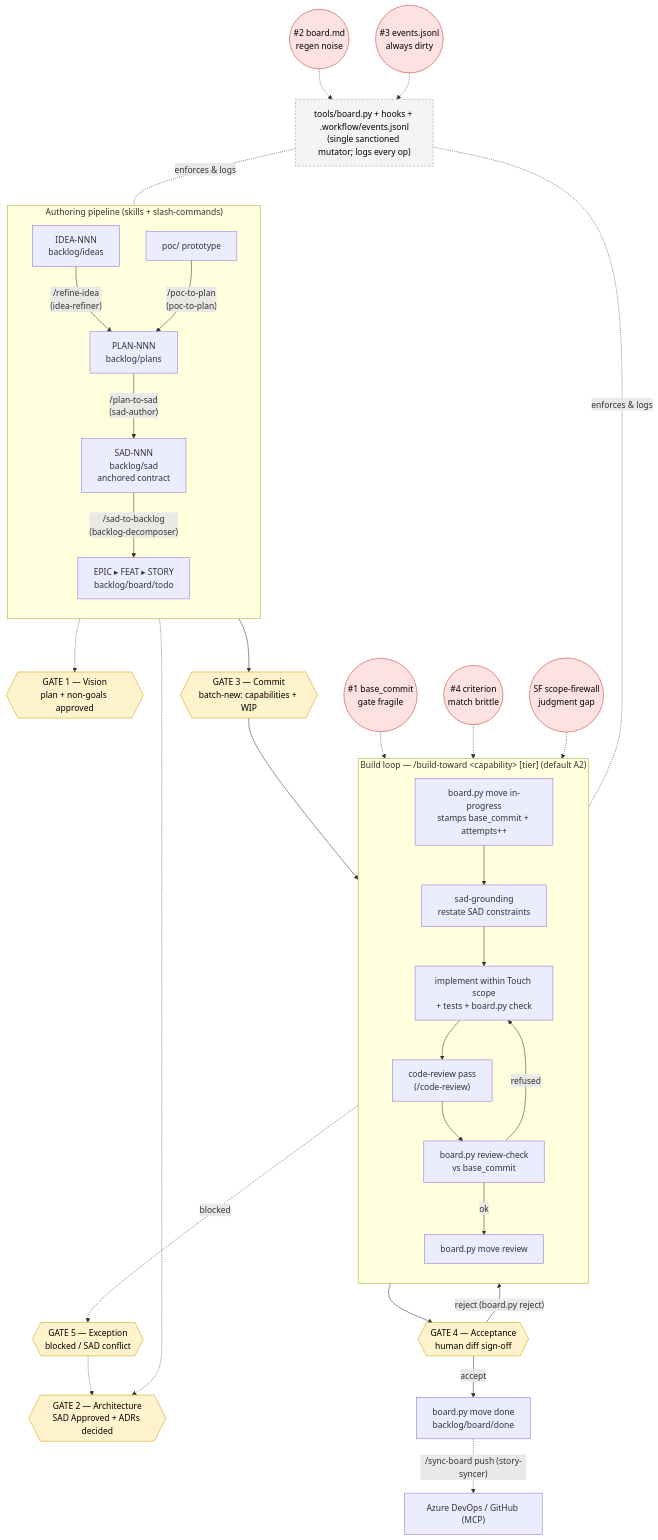
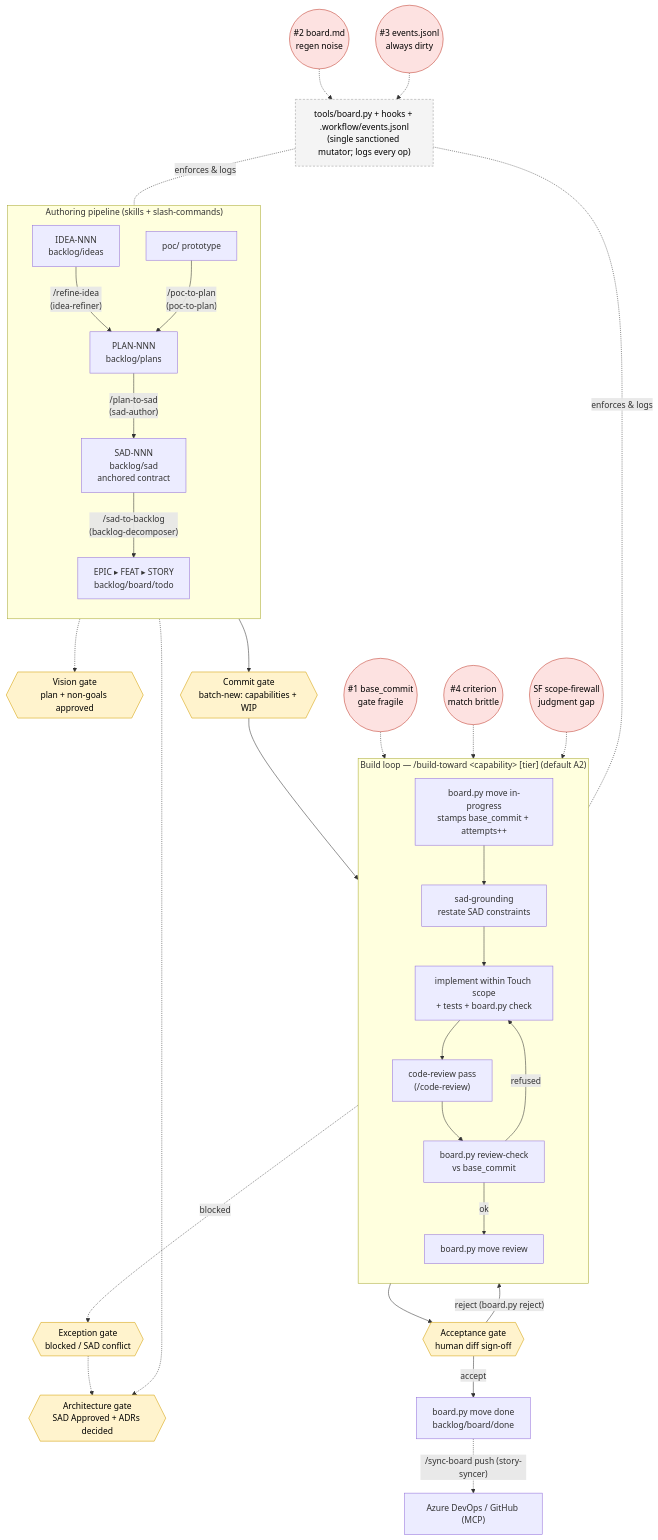
The first of 2 diagrams in docs/workflow-friction-review.md (muxare/stock-screener), drawn with Mermaid before and after one commit. The commit also changed other lines of this file and 20 other files, not shown here.

````diff
--- a/docs/workflow-friction-review.md
+++ b/docs/workflow-friction-review.md
@@ -109,71 +109,71 @@
 ```mermaid
 flowchart TD
     %% ---------- Authoring pipeline ----------
     subgraph AUTHOR["Authoring pipeline (skills + slash-commands)"]
         direction TB
         IDEA["IDEA-NNN<br/>backlog/ideas"]
         POC["poc/ prototype"]
         IDEA -->|"/refine-idea<br/>(idea-refiner)"| PLAN["PLAN-NNN<br/>backlog/plans"]
         POC -->|"/poc-to-plan<br/>(poc-to-plan)"| PLAN
         PLAN -->|"/plan-to-sad<br/>(sad-author)"| SAD["SAD-NNN<br/>backlog/sad<br/>anchored contract"]
         SAD -->|"/sad-to-backlog<br/>(backlog-decomposer)"| BL["EPIC ▸ FEAT ▸ STORY<br/>backlog/board/todo"]
     end
 
-    %% ---------- Gates 1-3 ----------
-    G1{{"GATE 1 — Vision<br/>plan + non-goals approved"}}:::gate
-    G2{{"GATE 2 — Architecture<br/>SAD Approved + ADRs decided"}}:::gate
-    G3{{"GATE 3 — Commit<br/>batch-new: capabilities + WIP"}}:::gate
+    %% ---------- Vision / Architecture / Commit gates ----------
+    G1{{"Vision gate<br/>plan + non-goals approved"}}:::gate
+    G2{{"Architecture gate<br/>SAD Approved + ADRs decided"}}:::gate
+    G3{{"Commit gate<br/>batch-new: capabilities + WIP"}}:::gate
 
     PLAN -.-> G1
     SAD -.-> G2
     BL --> G3
 
     %% ---------- Build loop ----------
     subgraph BUILD["Build loop — /build-toward &lt;capability&gt; [tier] (default A2)"]
         direction TB
         MV1["board.py move in-progress<br/>stamps base_commit + attempts++"]
         GRD["sad-grounding<br/>restate SAD constraints"]
         IMPL["implement within Touch scope<br/>+ tests + board.py check"]
         CR["code-review pass<br/>(/code-review)"]
         RC["board.py review-check<br/>vs base_commit"]
         MV2["board.py move review"]
         MV1 --> GRD --> IMPL --> CR --> RC
         RC -->|refused| IMPL
         RC -->|ok| MV2
     end
 
     G3 --> MV1
 
-    %% ---------- Gate 4 / 5 ----------
-    G4{{"GATE 4 — Acceptance<br/>human diff sign-off"}}:::gate
-    G5{{"GATE 5 — Exception<br/>blocked / SAD conflict"}}:::gate
+    %% ---------- Acceptance / Exception gates ----------
+    G4{{"Acceptance gate<br/>human diff sign-off"}}:::gate
+    G5{{"Exception gate<br/>blocked / SAD conflict"}}:::gate
     MV2 --> G4
     G4 -->|accept| DONE["board.py move done<br/>backlog/board/done"]
     G4 -->|"reject (board.py reject)"| MV1
     BUILD -. blocked .-> G5
     G5 -.-> G2
 
     %% ---------- Sync (optional) ----------
     DONE -.->|"/sync-board push (story-syncer)"| EXT["Azure DevOps / GitHub (MCP)"]
 
     %% ---------- Enforcement & telemetry ----------
     ENF["tools/board.py + hooks + .workflow/events.jsonl<br/>(single sanctioned mutator; logs every op)"]:::enf
     ENF -. enforces & logs .- AUTHOR
     ENF -. enforces & logs .- BUILD
 
     %% ---------- Friction callouts ----------
     F1(("#1 base_commit<br/>gate fragile")):::fr
     F2(("#2 board.md<br/>regen noise")):::fr
     F3(("#3 events.jsonl<br/>always dirty")):::fr
     F4(("#4 criterion<br/>match brittle")):::fr
     SF(("SF scope-firewall<br/>judgment gap")):::fr
     F1 -.-> RC
     F4 -.-> IMPL
     SF -.-> IMPL
     F2 -.-> ENF
     F3 -.-> ENF
 
     classDef gate fill:#fff3cd,stroke:#d39e00,color:#000;
     classDef enf fill:#f4f4f4,stroke:#999,stroke-dasharray: 4 3,color:#000;
     classDef fr fill:#fde2e1,stroke:#c0392b,color:#000;
 ```
````
